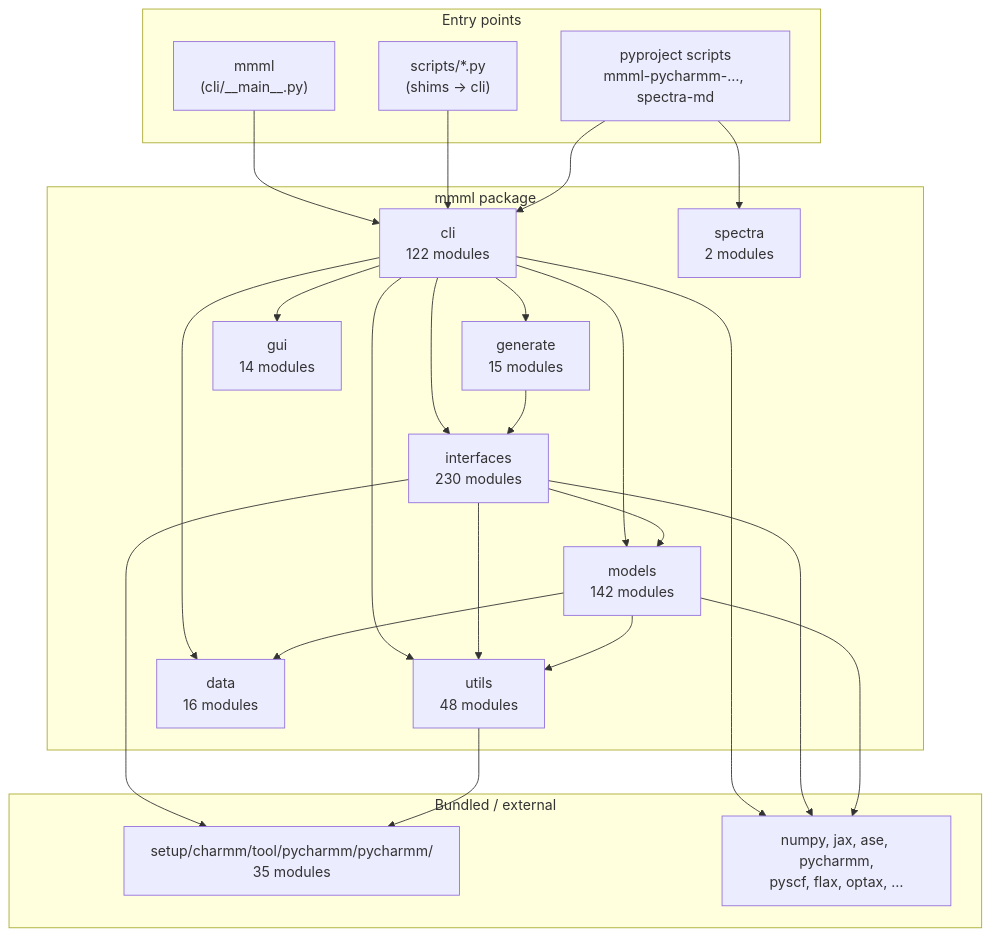
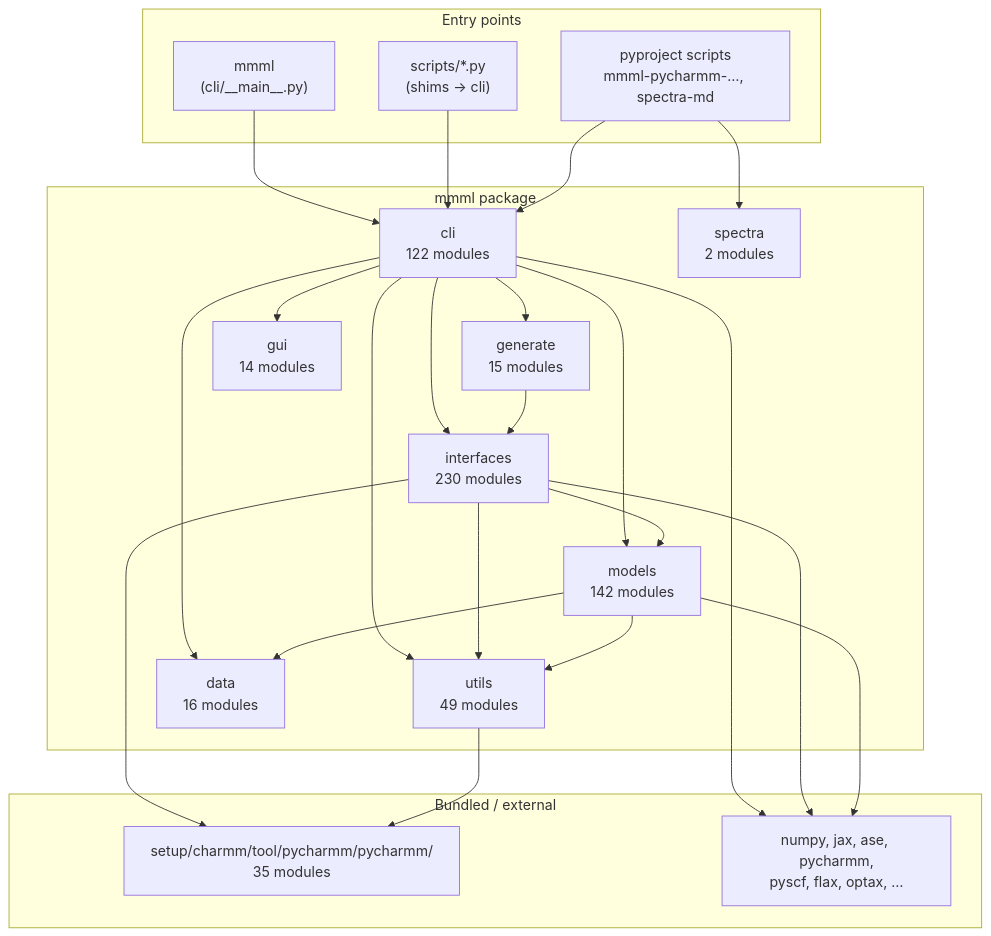
One commit to EricBoittier/mmml changed the first of 8 diagrams in docs/package-architecture.md. Above: the diagram before and after it, drawn with Mermaid. The commit also changed 6 other files, not shown here.

````diff
--- a/docs/package-architecture.md
+++ b/docs/package-architecture.md
@@ -13,48 +13,48 @@
 ```mermaid
 flowchart TB
   subgraph entry["Entry points"]
     MMML["mmml\n(cli/__main__.py)"]
     SCRIPTS["scripts/*.py\n(shims → cli)"]
     PKG["pyproject scripts\nmmml-pycharmm-…, spectra-md"]
   end
 
   subgraph mmml_pkg["mmml package"]
     CLI["cli\n122 modules"]
     IFACE["interfaces\n230 modules"]
     MODELS["models\n142 modules"]
-    UTILS["utils\n48 modules"]
+    UTILS["utils\n49 modules"]
     DATA["data\n16 modules"]
     GEN["generate\n15 modules"]
     GUI["gui\n14 modules"]
     SPEC["spectra\n2 modules"]
   end
 
   subgraph vendor["Bundled / external"]
     PYCH["setup/charmm/tool/pycharmm/pycharmm/\n35 modules"]
     EXT["numpy, jax, ase, pycharmm,\npyscf, flax, optax, …"]
   end
 
   MMML --> CLI
   SCRIPTS --> CLI
   PKG --> CLI
   PKG --> SPEC
 
   CLI --> IFACE
   CLI --> MODELS
   CLI --> DATA
   CLI --> UTILS
   CLI --> GEN
   CLI --> GUI
 
   IFACE --> MODELS
   IFACE --> UTILS
   IFACE --> PYCH
   MODELS --> UTILS
   MODELS --> DATA
   UTILS --> PYCH
   GEN --> IFACE
 
   CLI --> EXT
   IFACE --> EXT
   MODELS --> EXT
 ```
````
